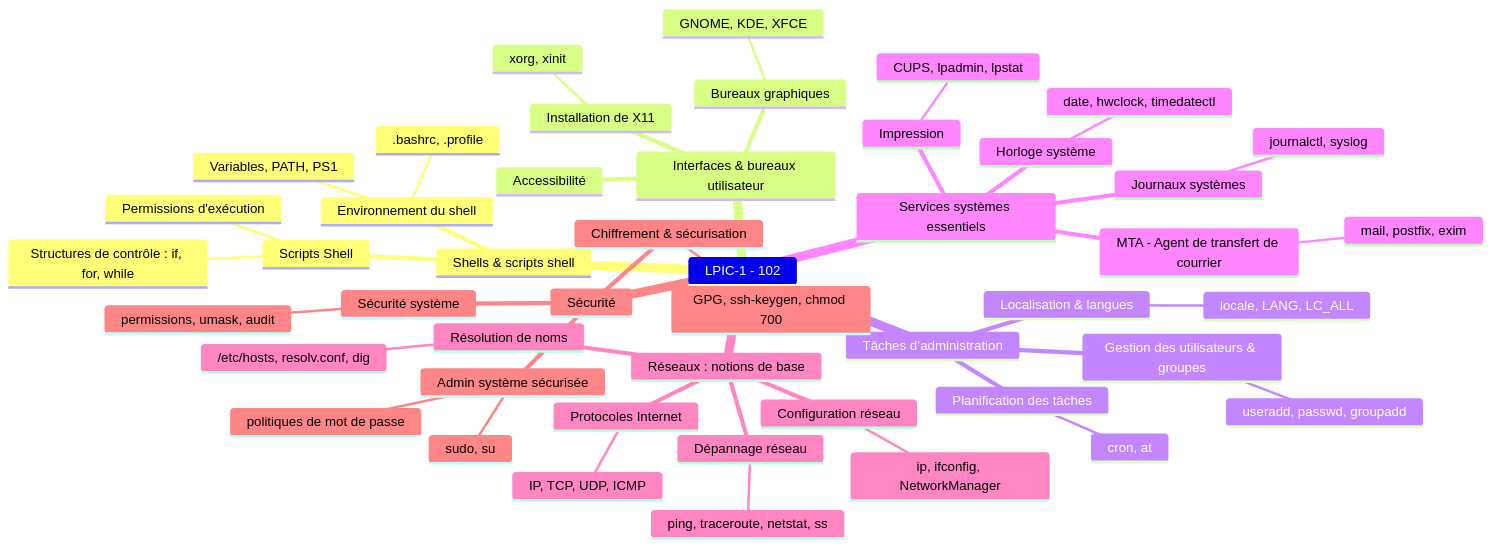
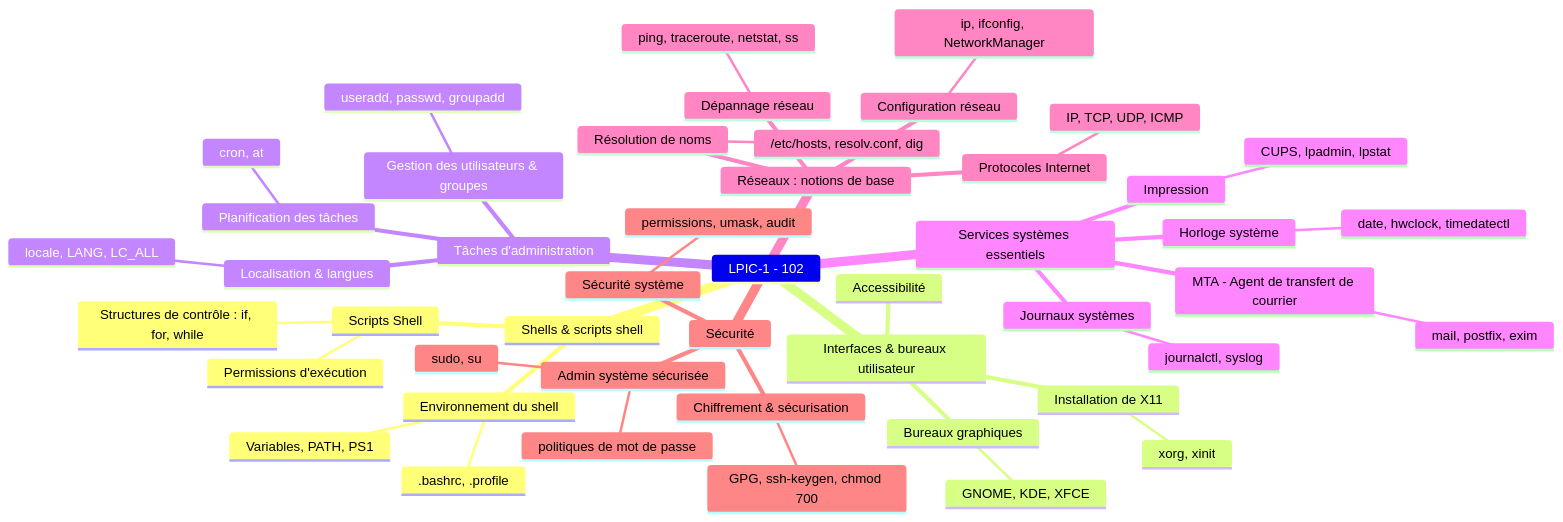
One commit to tavenel/website changed the diagram in src/courses/linux/lpic-102-intro.md. Above: the diagram before and after it, drawn with Mermaid. The commit also changed other lines of this file and 180 other files, not shown here.

````diff
--- a/src/courses/linux/lpic-102-intro.md
+++ b/src/courses/linux/lpic-102-intro.md
@@ -17,56 +17,56 @@
 ```mermaid
 mindmap
 LPIC-1 - 102
 
   Shells & scripts shell
     Environnement du shell
       Variables, PATH, PS1
       .bashrc, .profile
     Scripts Shell
       Structures de contrôle : if, for, while
       Permissions d'exécution
 
   Interfaces & bureaux utilisateur
     Installation de X11
       xorg, xinit
     Bureaux graphiques
       GNOME, KDE, XFCE
     Accessibilité
 
-  Tâches d’administration
+  Tâches d'administration
     Gestion des utilisateurs & groupes
       useradd, passwd, groupadd
     Planification des tâches
       cron, at
     Localisation & langues
       locale, LANG, LC_ALL
 
   Services systèmes essentiels
     Horloge système
       date, hwclock, timedatectl
     Journaux systèmes
       journalctl, syslog
     MTA - Agent de transfert de courrier
       mail, postfix, exim
     Impression
       CUPS, lpadmin, lpstat
 
   Réseaux : notions de base
     Protocoles Internet
       IP, TCP, UDP, ICMP
     Configuration réseau
       ip, ifconfig, NetworkManager
     Dépannage réseau
       ping, traceroute, netstat, ss
     Résolution de noms
       /etc/hosts, resolv.conf, dig
 
   Sécurité
     Admin système sécurisée
       sudo, su
       politiques de mot de passe
     Sécurité système
       permissions, umask, audit
     Chiffrement & sécurisation
       GPG, ssh-keygen, chmod 700
 ```
````
